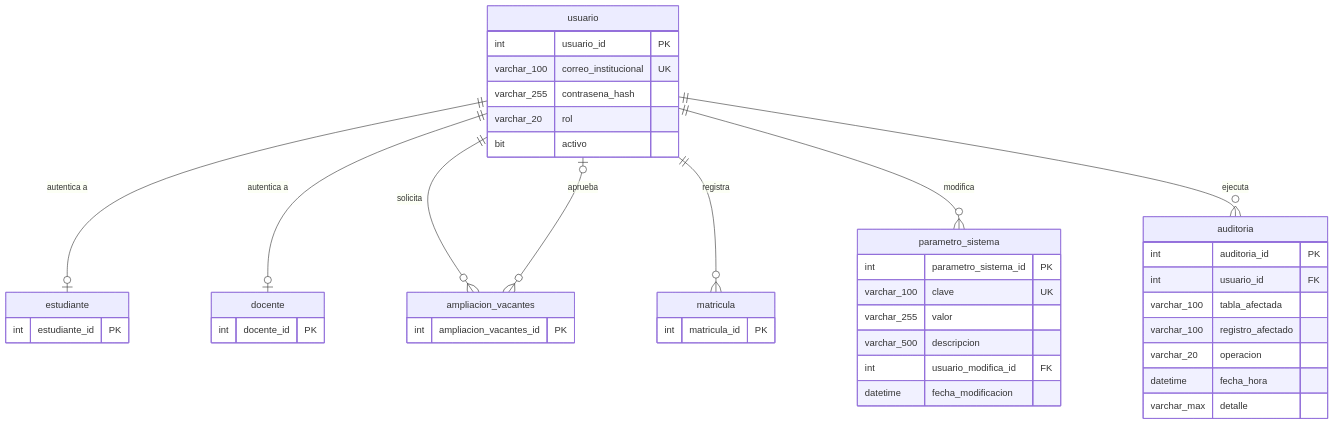
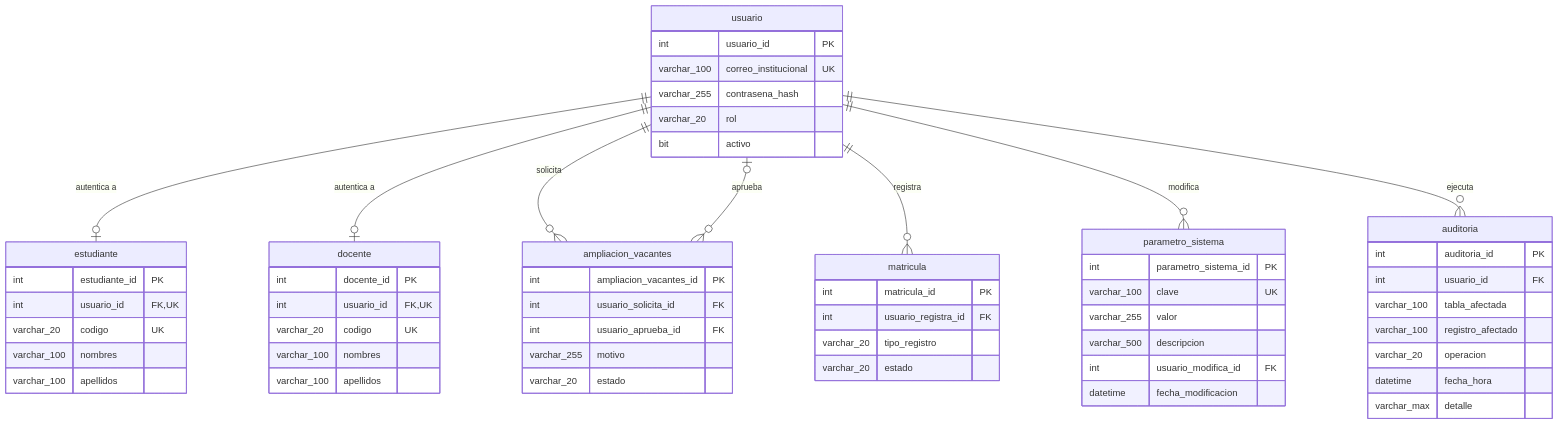
One commit to Marco-Gomez06/UNI-pre-202602-SW609-Grupo3 changed the diagram in 4/4.2/4.2.1/4.2.1.5/4.2.1.5.md. Above: the diagram before and after it, drawn with Mermaid. The commit also changed other lines of this file and 11 other files, not shown here.

Commit message:
fix de diagramas

````diff
--- a/4/4.2/4.2.1/4.2.1.5/4.2.1.5.md
+++ b/4/4.2/4.2.1/4.2.1.5/4.2.1.5.md
@@ -7,46 +13,62 @@
 ```mermaid
 erDiagram
     usuario {
         int usuario_id PK
         varchar_100 correo_institucional UK
         varchar_255 contrasena_hash
         varchar_20 rol
         bit activo
     }
     parametro_sistema {
         int parametro_sistema_id PK
         varchar_100 clave UK
         varchar_255 valor
         varchar_500 descripcion
         int usuario_modifica_id FK
         datetime fecha_modificacion
     }
     auditoria {
         int auditoria_id PK
         int usuario_id FK
         varchar_100 tabla_afectada
         varchar_100 registro_afectado
         varchar_20 operacion
         datetime fecha_hora
         varchar_max detalle
     }
     estudiante {
         int estudiante_id PK
+        int usuario_id FK, UK
+        varchar_20 codigo UK
+        varchar_100 nombres
+        varchar_100 apellidos
     }
     docente {
         int docente_id PK
+        int usuario_id FK, UK
+        varchar_20 codigo UK
+        varchar_100 nombres
+        varchar_100 apellidos
     }
     ampliacion_vacantes {
         int ampliacion_vacantes_id PK
+        int usuario_solicita_id FK
+        int usuario_aprueba_id FK
+        varchar_255 motivo
+        varchar_20 estado
     }
     matricula {
         int matricula_id PK
+        int usuario_registra_id FK
+        varchar_20 tipo_registro
+        varchar_20 estado
     }
+
     usuario ||--o| estudiante : "autentica a"
     usuario ||--o| docente : "autentica a"
     usuario ||--o{ ampliacion_vacantes : "solicita"
     usuario |o--o{ ampliacion_vacantes : "aprueba"
     usuario ||--o{ matricula : "registra"
     usuario ||--o{ parametro_sistema : "modifica"
     usuario ||--o{ auditoria : "ejecuta"
 ```
````
